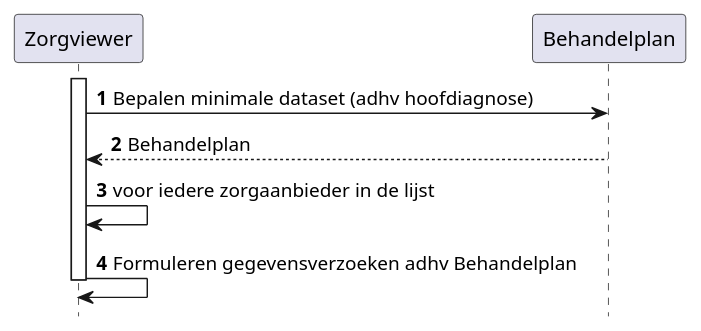
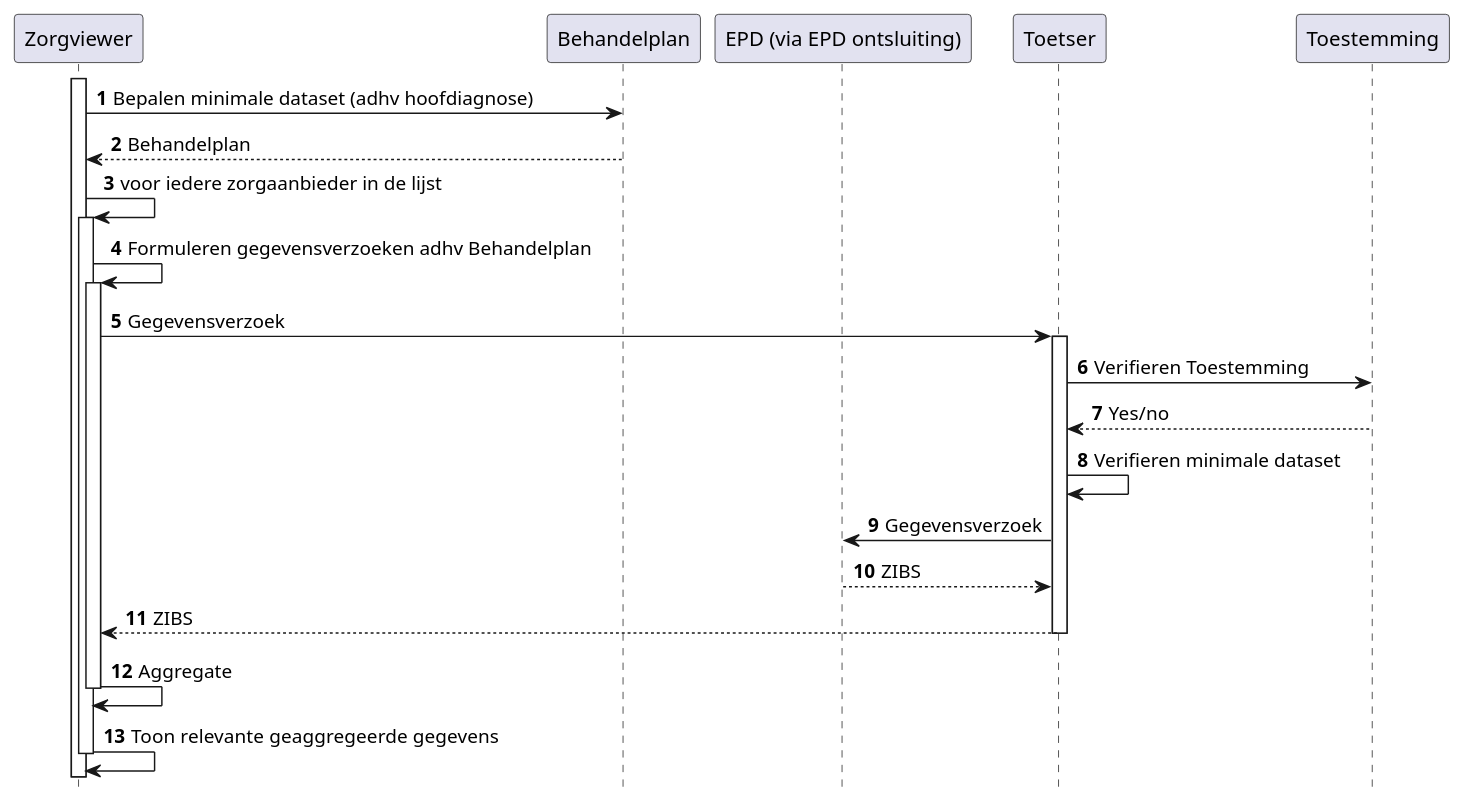
The diagram in input/images-source/Zorgviewer-seq-3.plantuml (RIVO-Noord/zorgviewer-ig), drawn with PlantUML before and after one commit. The commit also changed 3 other files, not shown here.

Commit message:
Fix seq diagram 3+4, added EHR-S FM links

```diff
--- a/input/images-source/Zorgviewer-seq-3.plantuml
+++ b/input/images-source/Zorgviewer-seq-3.plantuml
@@ -1,15 +1,32 @@
 @startuml
 hide footbox
 autonumber
 
 participant Zorgviewer
 participant Behandelplan
+participant "EPD (via EPD ontsluiting)" as EPD
+participant Toetser
+participant Toestemming
 
 activate Zorgviewer
 Zorgviewer->Behandelplan: Bepalen minimale dataset (adhv hoofdiagnose)
 Behandelplan-->Zorgviewer: Behandelplan
 Zorgviewer->Zorgviewer: voor iedere zorgaanbieder in de lijst
+activate Zorgviewer
 Zorgviewer->Zorgviewer: Formuleren gegevensverzoeken adhv Behandelplan
+activate Zorgviewer
+Zorgviewer->Toetser:Gegevensverzoek
+activate Toetser
+Toetser->Toestemming: Verifieren Toestemming
+Toestemming-->Toetser: Yes/no
+Toetser->Toetser: Verifieren minimale dataset
+Toetser->EPD:Gegevensverzoek
+EPD-->Toetser: ZIBS
+Toetser-->Zorgviewer: ZIBS
+deactivate Toetser
+Zorgviewer->Zorgviewer: Aggregate
+deactivate Zorgviewer
+Zorgviewer->Zorgviewer: Toon relevante geaggregeerde gegevens
 deactivate Zorgviewer
 
 @enduml
```
